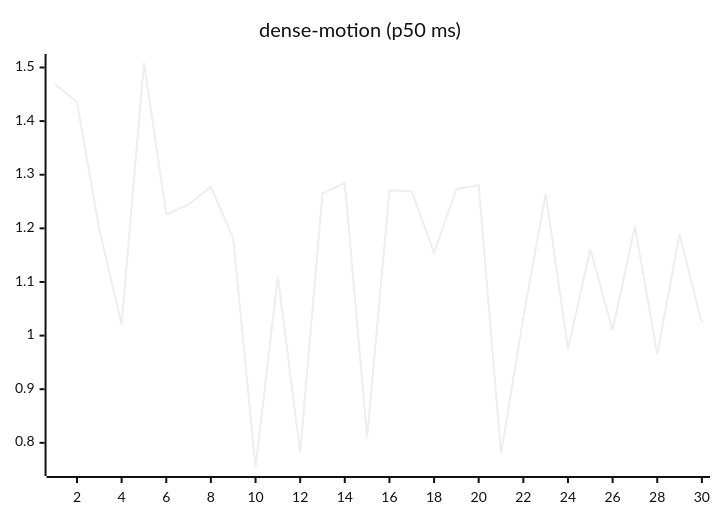
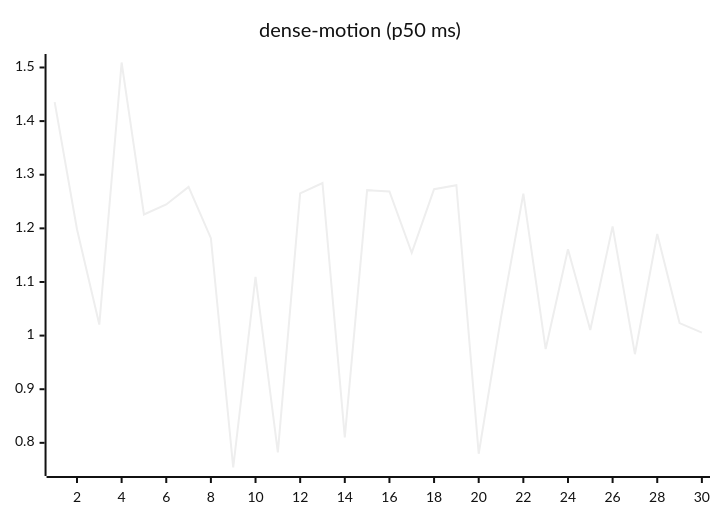
Before and after one commit to josha/Facet: the ninth of 27 diagrams in README.md, drawn with Mermaid (neutral theme). The commit also changed other lines of this file and 2 other files, not shown here.

````diff
--- a/README.md
+++ b/README.md
@@ -119,6 +119,6 @@
 ```mermaid
 xychart-beta
     title "dense-motion (p50 ms)"
     x-axis 1 --> 30
-    line [1.4692, 1.4355, 1.1984, 1.0205, 1.5093, 1.2258, 1.2445, 1.2773, 1.1817, 0.7540, 1.1093, 0.7822, 1.2651, 1.2846, 0.8102, 1.2712, 1.2688, 1.1544, 1.2730, 1.2805, 0.7796, 1.0341, 1.2646, 0.9749, 1.1610, 1.0105, 1.2037, 0.9653, 1.1895, 1.0233]
+    line [1.4355, 1.1984, 1.0205, 1.5093, 1.2258, 1.2445, 1.2773, 1.1817, 0.7540, 1.1093, 0.7822, 1.2651, 1.2846, 0.8102, 1.2712, 1.2688, 1.1544, 1.2730, 1.2805, 0.7796, 1.0341, 1.2646, 0.9749, 1.1610, 1.0105, 1.2037, 0.9653, 1.1895, 1.0233, 1.0054]
 ```
````
